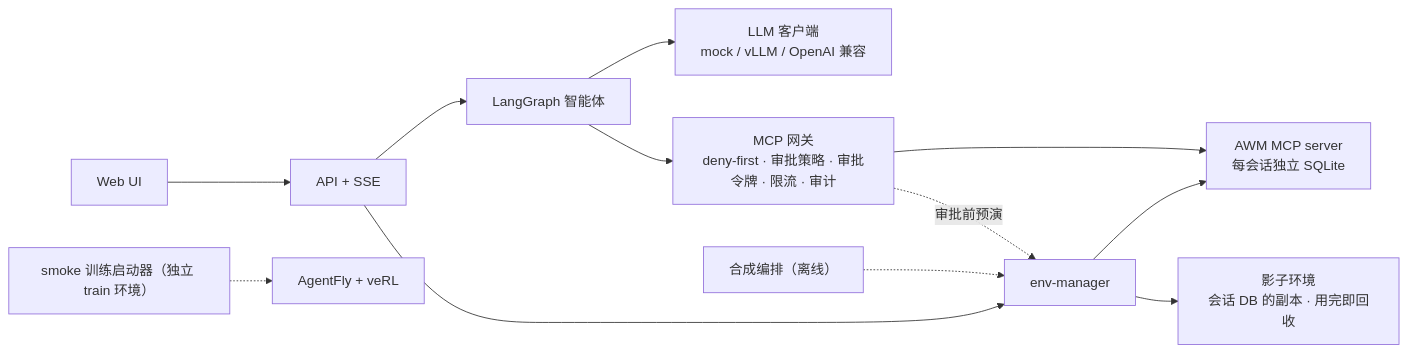
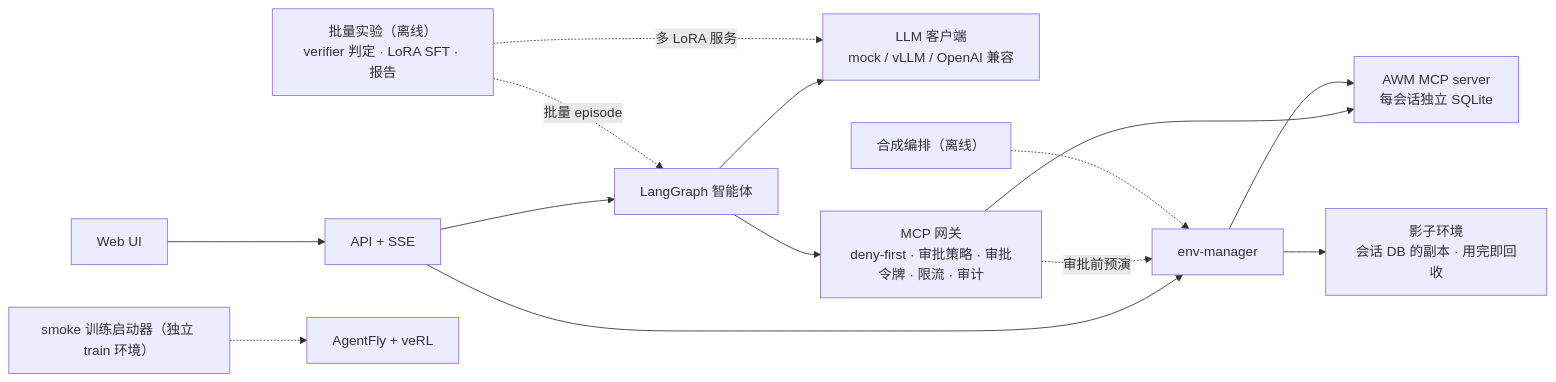
One commit to INF-NAN/BizAgent changed the diagram in README.md. Above: the diagram before and after it, drawn with Mermaid. The commit also changed other lines of this file and 5 other files, not shown here.

First line of the commit message:
docs: describe the batch lab across README, architecture, walkthrough and ADRs

````diff
--- a/README.md
+++ b/README.md
@@ -44,11 +44,13 @@
 ```mermaid
 flowchart LR
   UI["Web UI"] --> API["API + SSE"] --> AG["LangGraph 智能体"]
   AG --> LLM["LLM 客户端<br/>mock / vLLM / OpenAI 兼容"]
   AG --> GW["MCP 网关<br/>deny-first · 审批策略 · 审批令牌 · 限流 · 审计"]
   GW --> ENV["AWM MCP server<br/>每会话独立 SQLite"]
   API --> MGR["env-manager"] --> ENV
   GW -.->|审批前预演| MGR --> SH["影子环境<br/>会话 DB 的副本 · 用完即回收"]
   SYN["合成编排（离线）"] -.-> MGR
+  LAB["批量实验（离线）<br/>verifier 判定 · LoRA SFT · 报告"] -.->|批量 episode| AG
+  LAB -.->|多 LoRA 服务| LLM
   TR["smoke 训练启动器（独立 train 环境）"] -.-> AF["AgentFly + veRL"]
 ```
````
